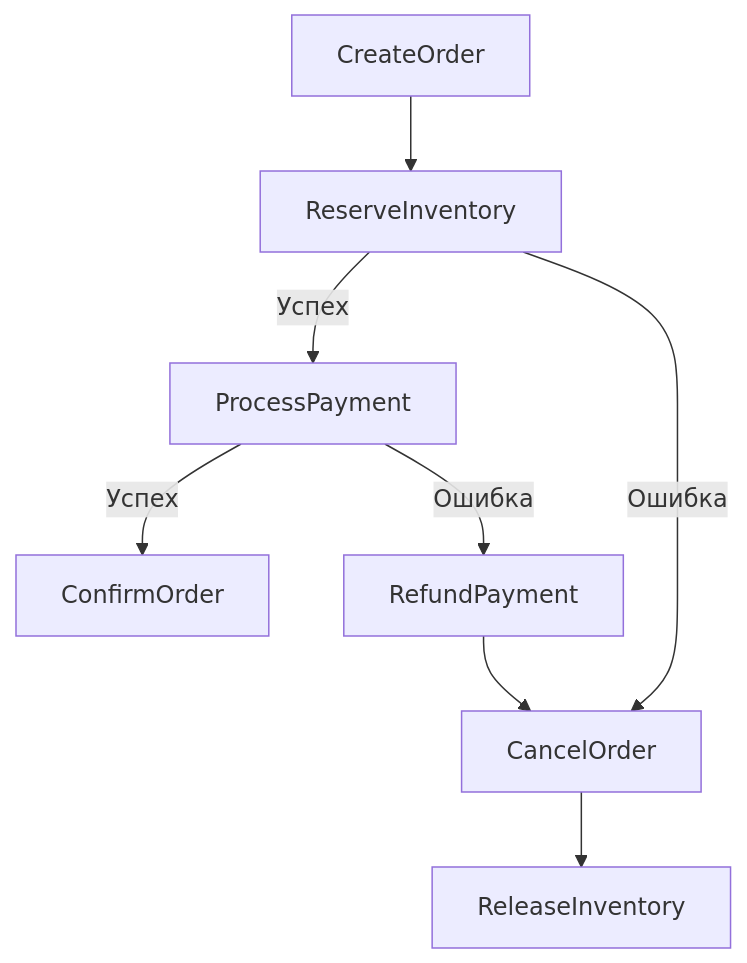
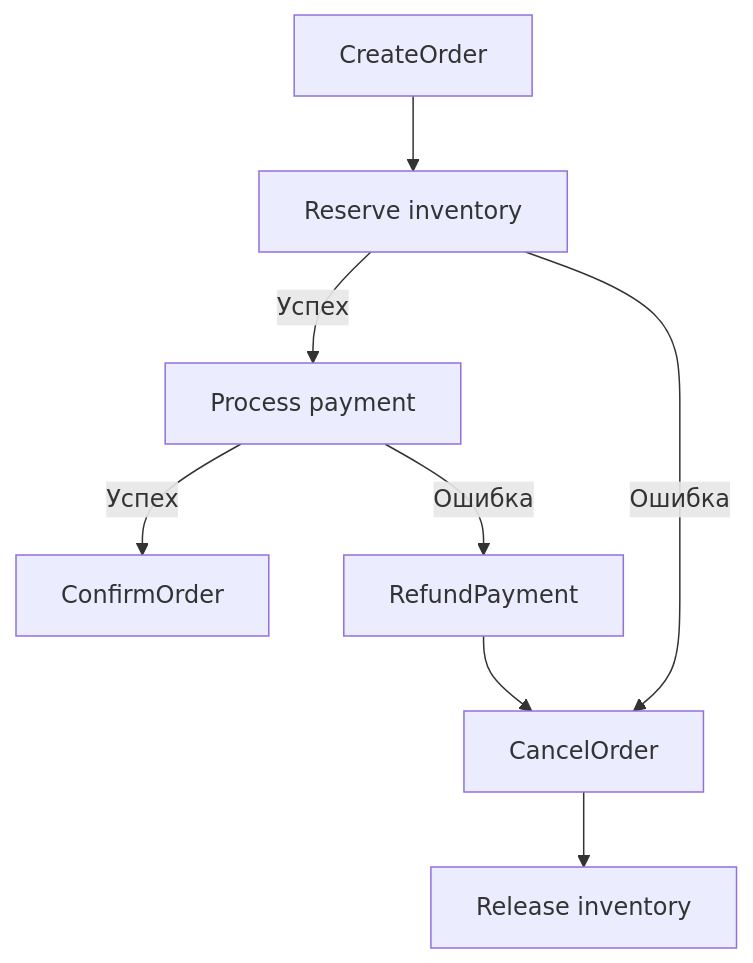
One commit to ekhodzitsky/go-ozon-marketplace changed the diagram in services/order-service/README.md. Above: the diagram before and after it, drawn with Mermaid. The commit also changed other lines of this file and 14 other files, not shown here.

````diff
--- a/services/order-service/README.md
+++ b/services/order-service/README.md
@@ -49,10 +49,10 @@
 ```mermaid
 flowchart TD
-    A[CreateOrder] --> B[ReserveInventory]
-    B -->|Успех| C[ProcessPayment]
+    A[CreateOrder] --> B[Reserve inventory]
+    B -->|Успех| C[Process payment]
     B -->|Ошибка| D[CancelOrder]
     C -->|Успех| E[ConfirmOrder]
     C -->|Ошибка| F[RefundPayment]
     F --> D
-    D --> G[ReleaseInventory]
+    D --> G[Release inventory]
 ```
````
